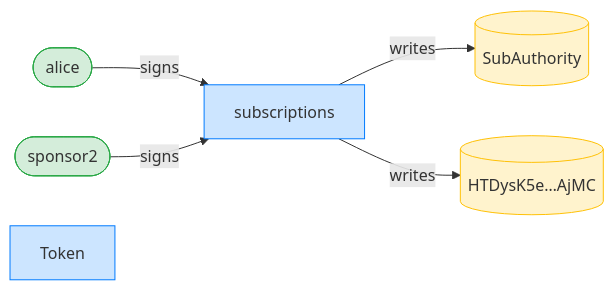
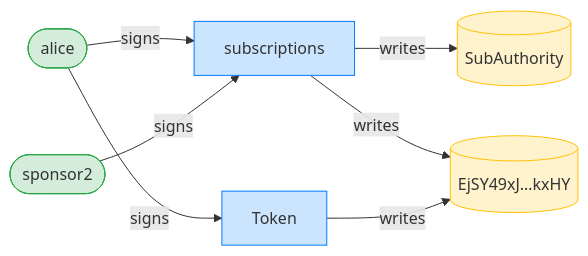
One commit to cds-rs/subscriptions changed the seventh of 8 diagrams in dsl_tests/idempotent-init-preserves-the-original-payer.md. Above: the diagram before and after it, drawn with Mermaid. The commit also changed other lines of this file and 224 other files, not shown here.

````diff
--- a/dsl_tests/idempotent-init-preserves-the-original-payer.md
+++ b/dsl_tests/idempotent-init-preserves-the-original-payer.md
@@ -138,16 +144,18 @@
 ```mermaid
 flowchart LR
     classDef signer fill:#d4edda,stroke:#28a745;
     classDef program fill:#cce5ff,stroke:#007bff;
     classDef writable fill:#fff3cd,stroke:#ffc107;
     subscriptions[subscriptions]:::program
     alice([alice]):::signer
     SubAuthority[(SubAuthority)]:::writable
-    HTDysK5e_AjMC[("HTDysK5e…AjMC")]:::writable
+    EjSY49xJ_kxHY[("EjSY49xJ…kxHY")]:::writable
     sponsor2([sponsor2]):::signer
     Token[Token]:::program
     alice -->|signs| subscriptions
     sponsor2 -->|signs| subscriptions
+    alice -->|signs| Token
     subscriptions -->|writes| SubAuthority
-    subscriptions -->|writes| HTDysK5e_AjMC
+    subscriptions -->|writes| EjSY49xJ_kxHY
+    Token -->|writes| EjSY49xJ_kxHY
 ```
````
